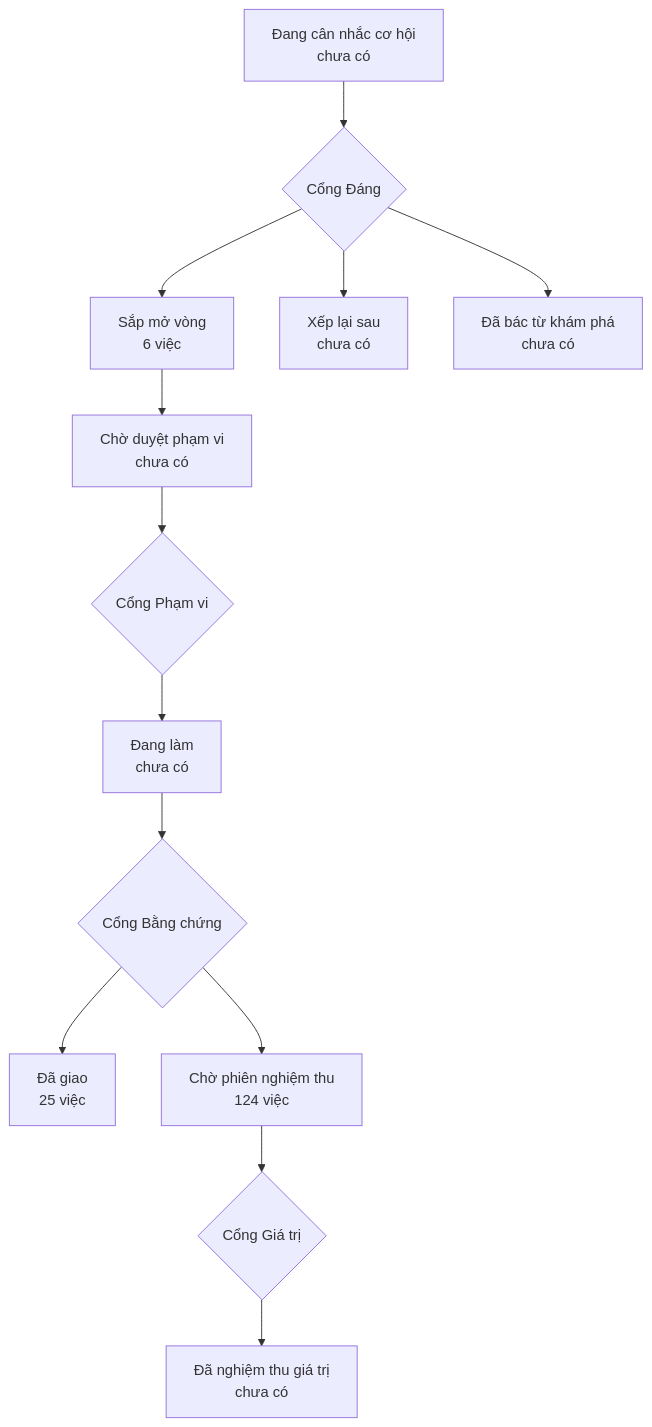
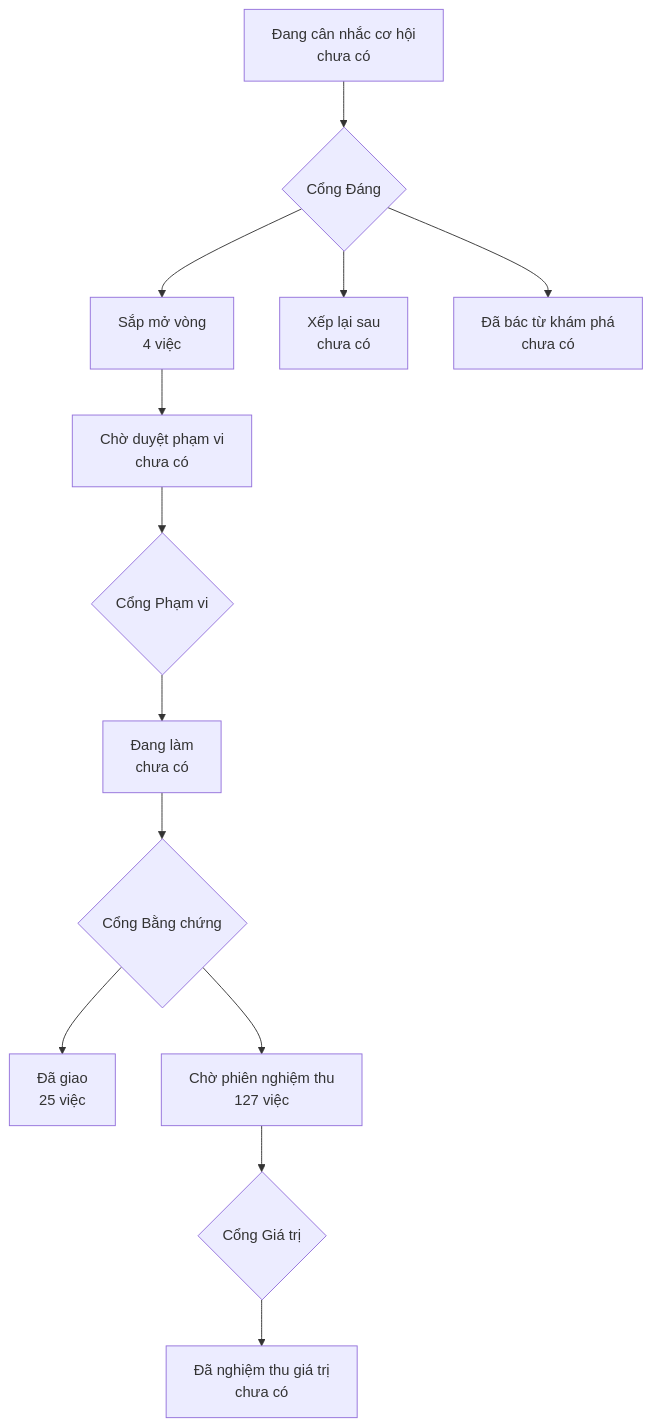
The diagram in PRODUCT-MAP.md (phanlemanh/onehub-quy-hang), drawn with Mermaid before and after one commit. The commit also changed other lines of this file and 1 other file, not shown here.

Commit message:
chore: vẽ lại bản đồ sau gộp nhánh chính

````diff
--- a/PRODUCT-MAP.md
+++ b/PRODUCT-MAP.md
@@ -7,12 +7,12 @@
 ```mermaid
 flowchart TD
   A["Đang cân nhắc cơ hội<br/>chưa có"] --> GD{"Cổng Đáng"}
-  GD --> B["Sắp mở vòng<br/>6 việc"]
+  GD --> B["Sắp mở vòng<br/>4 việc"]
   GD --> XL["Xếp lại sau<br/>chưa có"]
   GD --> DB["Đã bác từ khám phá<br/>chưa có"]
   B --> CD["Chờ duyệt phạm vi<br/>chưa có"] --> GP{"Cổng Phạm vi"}
   GP --> DL["Đang làm<br/>chưa có"] --> GB{"Cổng Bằng chứng"}
   GB --> DG["Đã giao<br/>25 việc"]
-  GB --> CN["Chờ phiên nghiệm thu<br/>124 việc"] --> GG{"Cổng Giá trị"}
+  GB --> CN["Chờ phiên nghiệm thu<br/>127 việc"] --> GG{"Cổng Giá trị"}
   GG --> NT["Đã nghiệm thu giá trị<br/>chưa có"]
 ```
````
